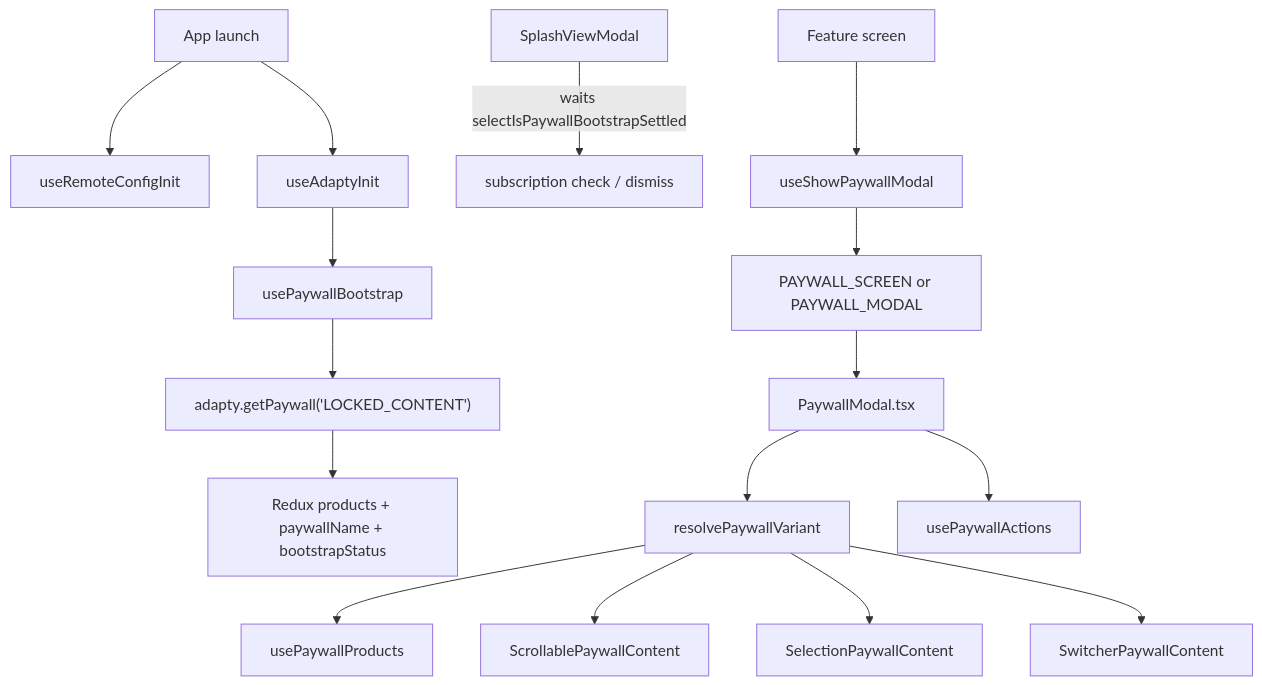
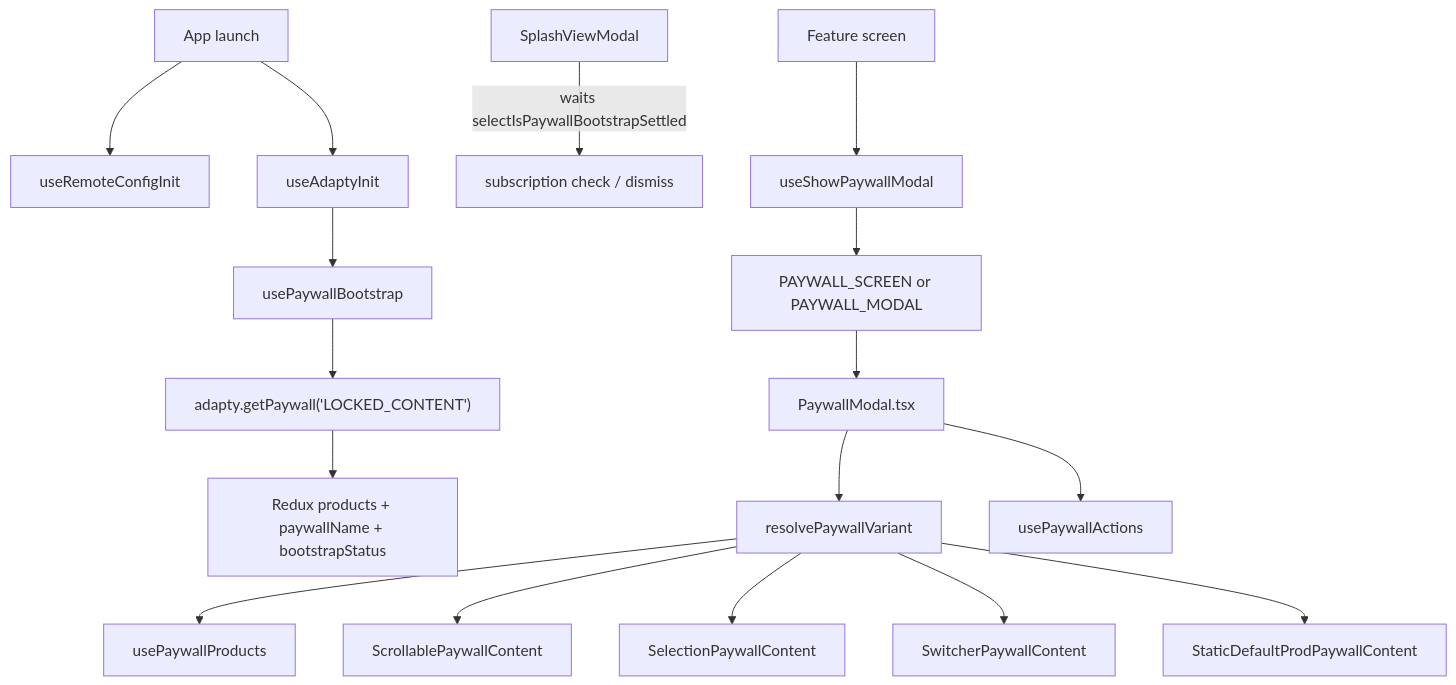
One commit to TuTejsy/Moonlit changed the diagram in .agents/skills/moonlit-paywall-screen/SKILL.md. Above: the diagram before and after it, drawn with Mermaid. The commit also changed other lines of this file and 28 other files, not shown here.

````diff
--- a/.agents/skills/moonlit-paywall-screen/SKILL.md
+++ b/.agents/skills/moonlit-paywall-screen/SKILL.md
@@ -25,18 +25,19 @@
 ```mermaid
 flowchart TD
   AppLaunch[App launch] --> RemoteInit[useRemoteConfigInit]
   AppLaunch --> AdaptyInit[useAdaptyInit]
   AdaptyInit --> Bootstrap[usePaywallBootstrap]
   Bootstrap --> AdaptyFetch["adapty.getPaywall('LOCKED_CONTENT')"]
   AdaptyFetch --> Redux[Redux products + paywallName + bootstrapStatus]
   Splash[SplashViewModal] -->|waits selectIsPaywallBootstrapSettled| Gate[subscription check / dismiss]
   Feature[Feature screen] --> ShowModal[useShowPaywallModal]
   ShowModal --> Nav[PAYWALL_SCREEN or PAYWALL_MODAL]
   Nav --> Shell[PaywallModal.tsx]
   Shell --> Registry[resolvePaywallVariant]
   Registry --> Products[usePaywallProducts]
   Shell --> Actions[usePaywallActions]
   Registry --> Scrollable[ScrollablePaywallContent]
   Registry --> Selection[SelectionPaywallContent]
   Registry --> Switcher[SwitcherPaywallContent]
+  Registry --> StaticProd[StaticDefaultProdPaywallContent]
 ```
````
